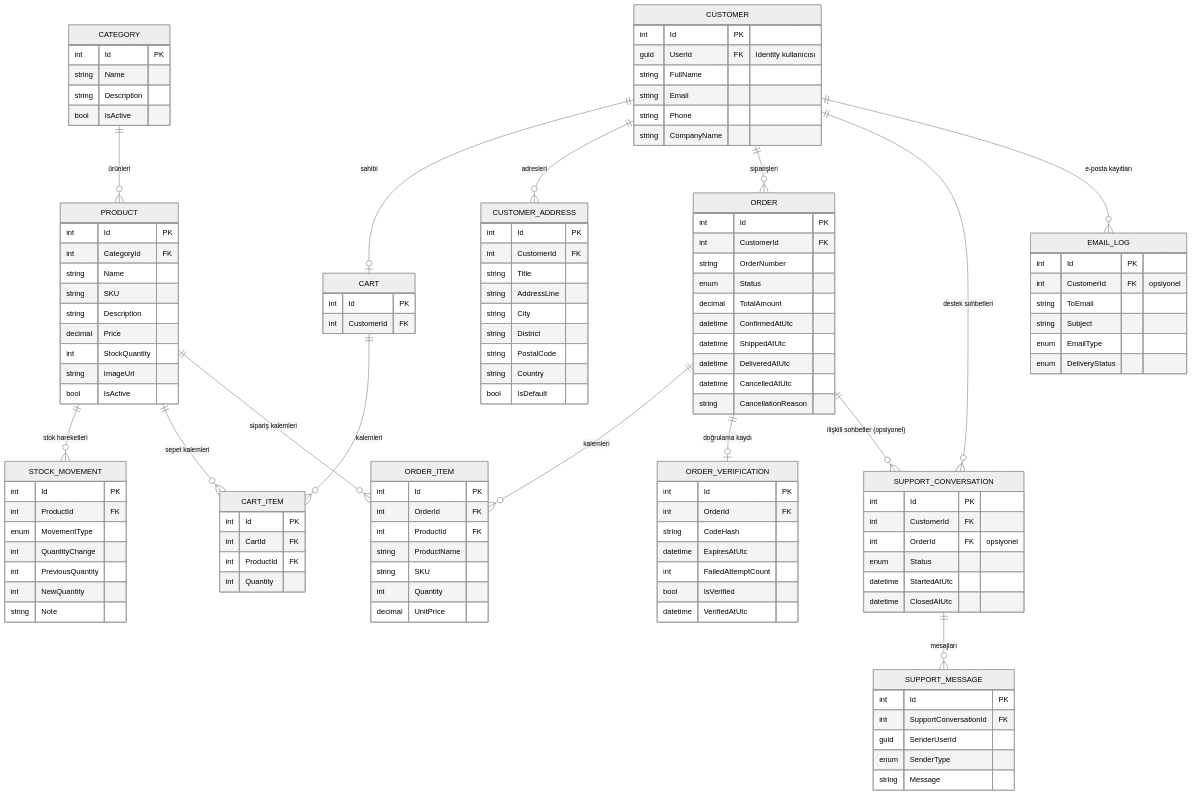
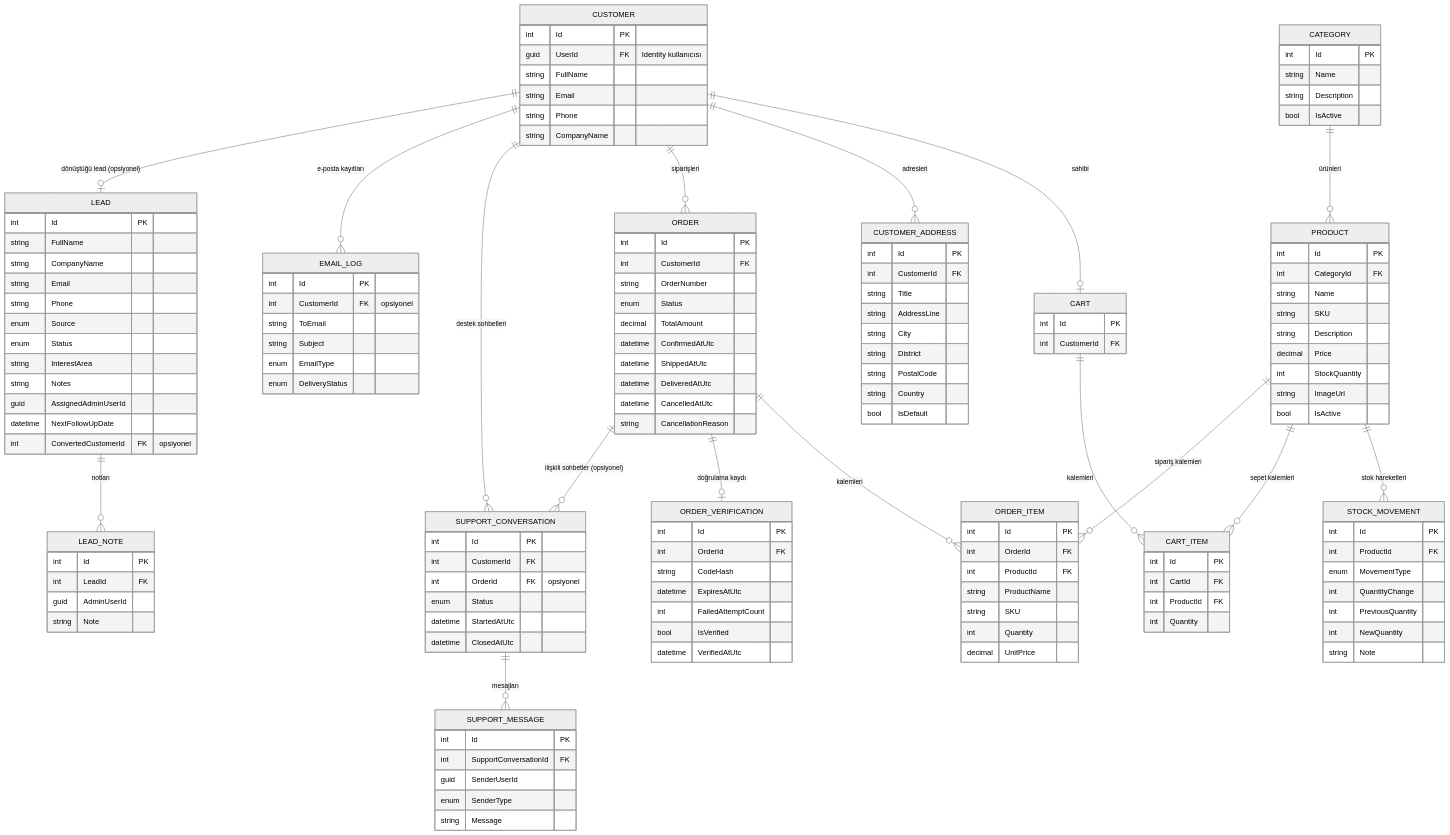
The second of 5 diagrams in README.md (ahmetcancavdar/MiniCrmApi), drawn with Mermaid (neutral theme) before and after one commit. The commit also changed other lines of this file, not shown here.

```diff
--- a/README.md
+++ b/README.md
@@ -229,6 +238,9 @@
     CUSTOMER ||--o{ ORDER : "siparişleri"
     CUSTOMER ||--o{ SUPPORT_CONVERSATION : "destek sohbetleri"
     CUSTOMER ||--o{ EMAIL_LOG : "e-posta kayıtları"
+    CUSTOMER ||--o| LEAD : "dönüştüğü lead (opsiyonel)"
+
+    LEAD ||--o{ LEAD_NOTE : "notları"
 
     CATEGORY ||--o{ PRODUCT : "ürünleri"
 
@@ -243,6 +255,28 @@
     ORDER ||--o{ SUPPORT_CONVERSATION : "ilişkili sohbetler (opsiyonel)"
 
     SUPPORT_CONVERSATION ||--o{ SUPPORT_MESSAGE : "mesajları"
+
+    LEAD {
+        int Id PK
+        string FullName
+        string CompanyName
+        string Email
+        string Phone
+        enum Source
+        enum Status
+        string InterestArea
+        string Notes
+        guid AssignedAdminUserId
+        datetime NextFollowUpDate
+        int ConvertedCustomerId FK "opsiyonel"
+    }
+
+    LEAD_NOTE {
+        int Id PK
+        int LeadId FK
+        guid AdminUserId
+        string Note
+    }
 
     CUSTOMER {
         int Id PK
```
